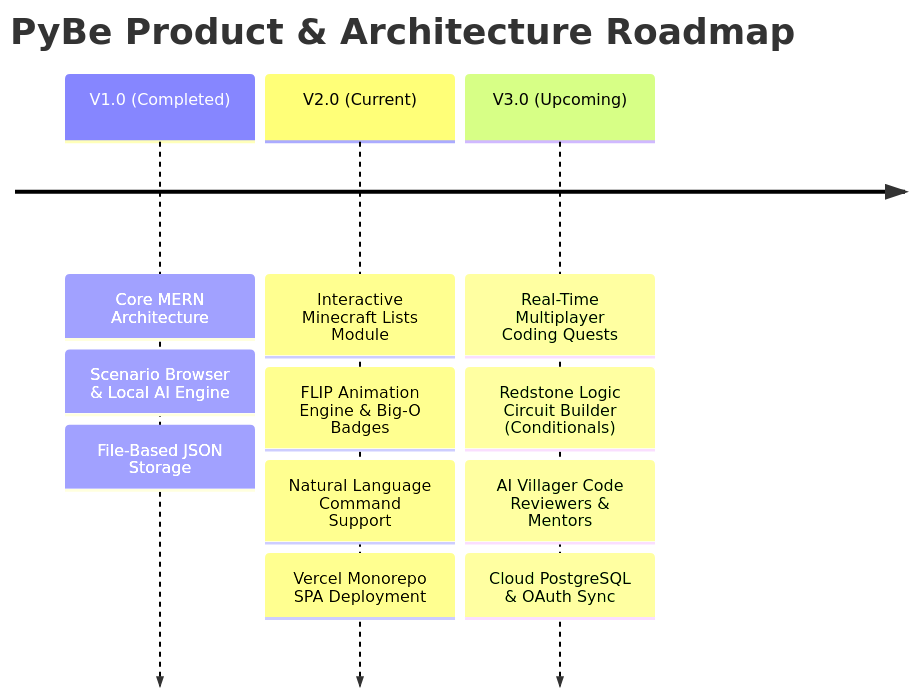
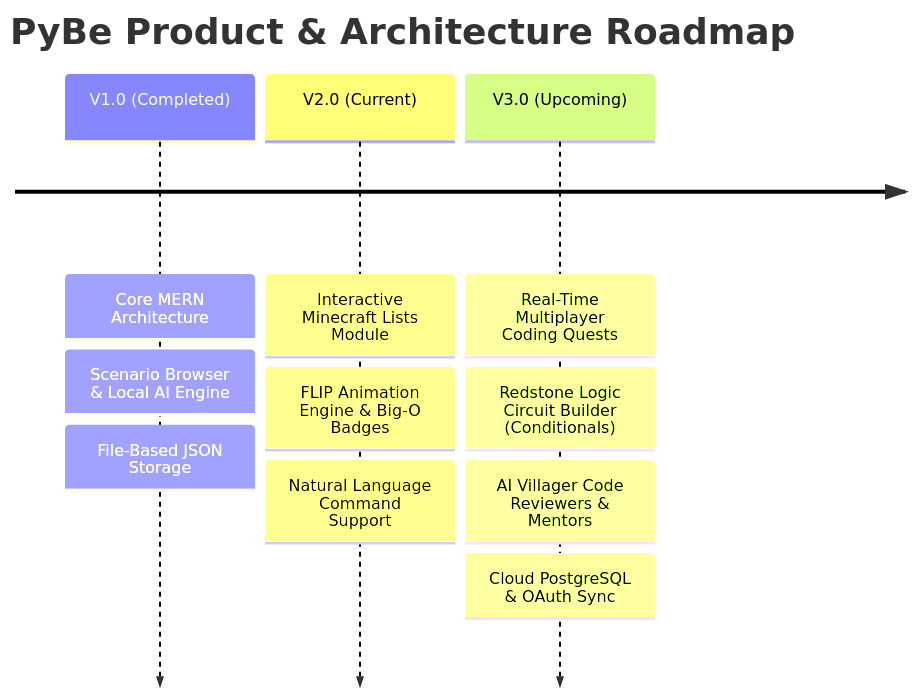
Before and after one commit to abhijeetjanbandhu123/pybe: the seventh of 7 diagrams in case-study.md, drawn with Mermaid. The commit also changed other lines of this file and 1 other file, not shown here.

Commit message:
docs: remove Vercel deployment references from documentation

````diff
--- a/case-study.md
+++ b/case-study.md
@@ -320,15 +316,14 @@
 ```mermaid
 timeline
     title PyBe Product & Architecture Roadmap
     V1.0 (Completed) : Core MERN Architecture
                      : Scenario Browser & Local AI Engine
                      : File-Based JSON Storage
     V2.0 (Current)   : Interactive Minecraft Lists Module
                      : FLIP Animation Engine & Big-O Badges
                      : Natural Language Command Support
-                     : Vercel Monorepo SPA Deployment
     V3.0 (Upcoming)  : Real-Time Multiplayer Coding Quests
                      : Redstone Logic Circuit Builder (Conditionals)
                      : AI Villager Code Reviewers & Mentors
                      : Cloud PostgreSQL & OAuth Sync
 ```
````
